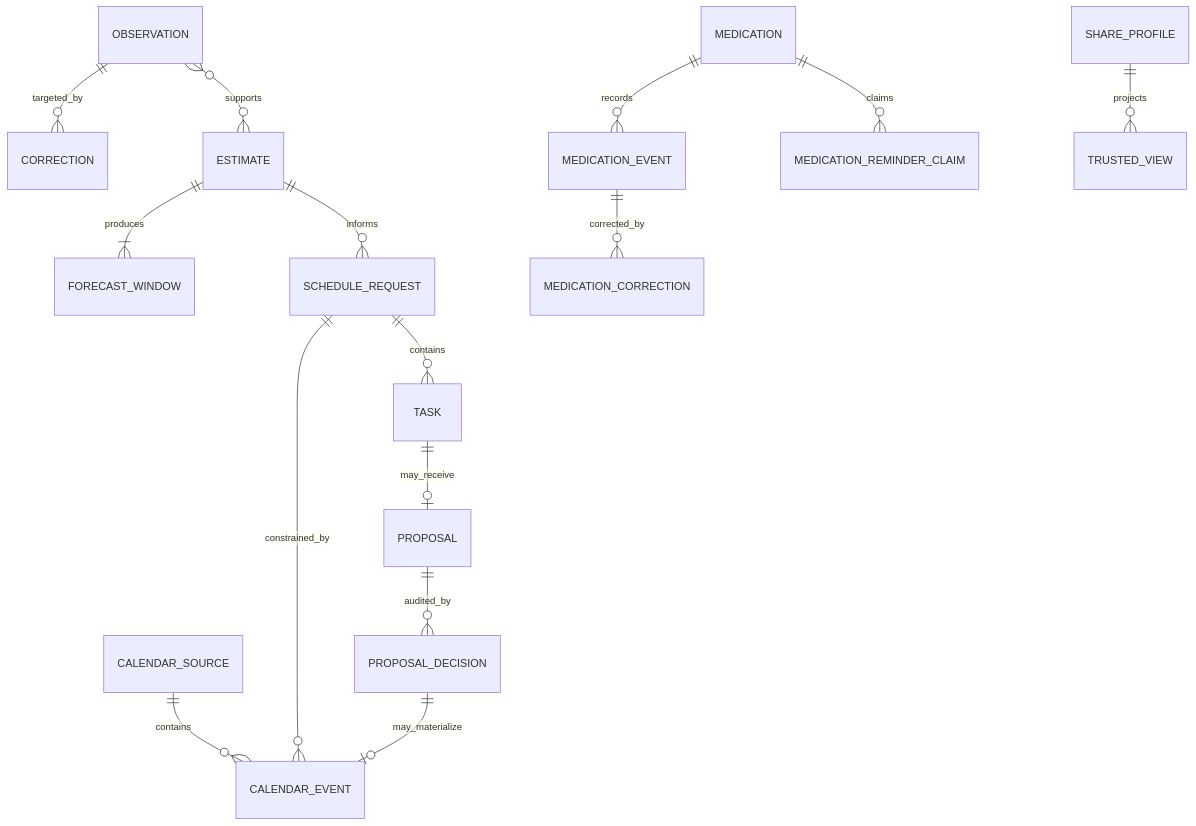
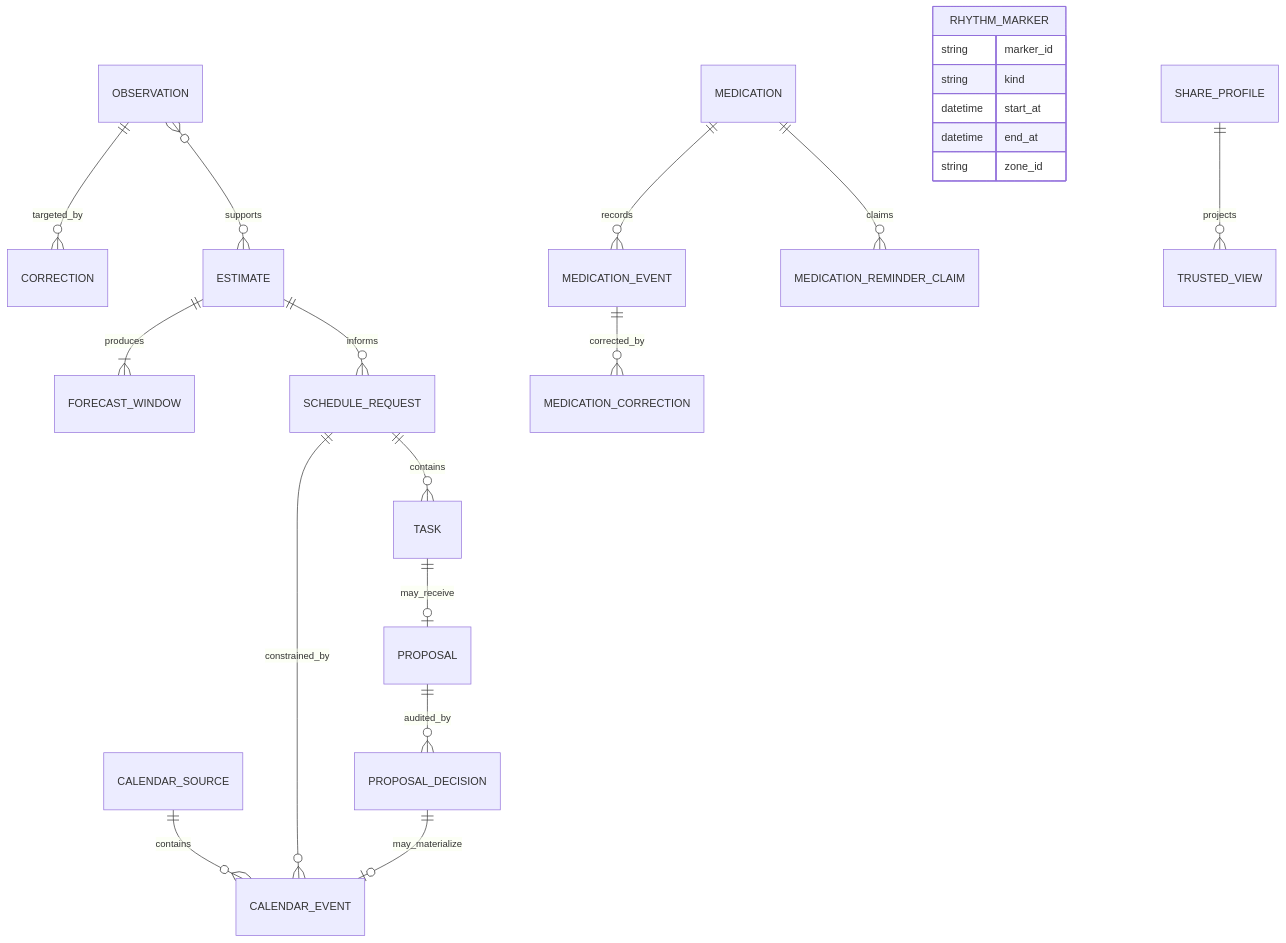
One commit to wellivea1/ZeitBoard changed the diagram in docs/data-model.md. Above: the diagram before and after it, drawn with Mermaid. The commit also changed other lines of this file and 29 other files, not shown here.

````diff
--- a/docs/data-model.md
+++ b/docs/data-model.md
@@ -110,17 +126,24 @@
 ```mermaid
 erDiagram
   OBSERVATION ||--o{ CORRECTION : targeted_by
   OBSERVATION }o--o{ ESTIMATE : supports
   ESTIMATE ||--|{ FORECAST_WINDOW : produces
   ESTIMATE ||--o{ SCHEDULE_REQUEST : informs
   CALENDAR_SOURCE ||--o{ CALENDAR_EVENT : contains
   MEDICATION ||--o{ MEDICATION_EVENT : records
   MEDICATION ||--o{ MEDICATION_REMINDER_CLAIM : claims
   MEDICATION_EVENT ||--o{ MEDICATION_CORRECTION : corrected_by
+  RHYTHM_MARKER {
+    string marker_id
+    string kind
+    datetime start_at
+    datetime end_at
+    string zone_id
+  }
   SCHEDULE_REQUEST ||--o{ CALENDAR_EVENT : constrained_by
   SCHEDULE_REQUEST ||--o{ TASK : contains
   TASK ||--o| PROPOSAL : may_receive
   PROPOSAL ||--o{ PROPOSAL_DECISION : audited_by
   PROPOSAL_DECISION ||--o| CALENDAR_EVENT : may_materialize
   SHARE_PROFILE ||--o{ TRUSTED_VIEW : projects
 ```
````
